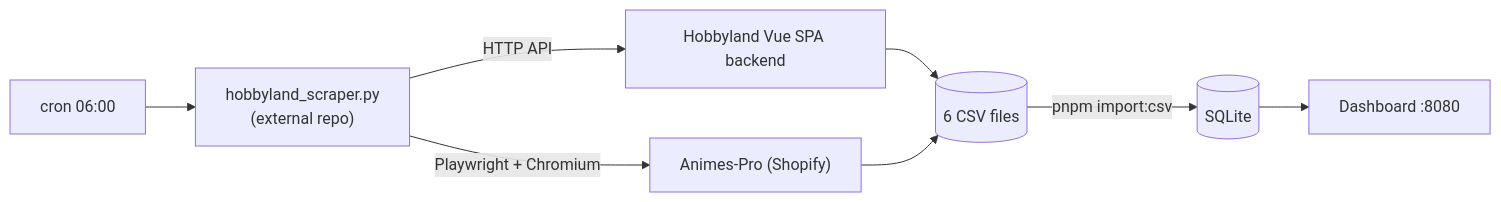
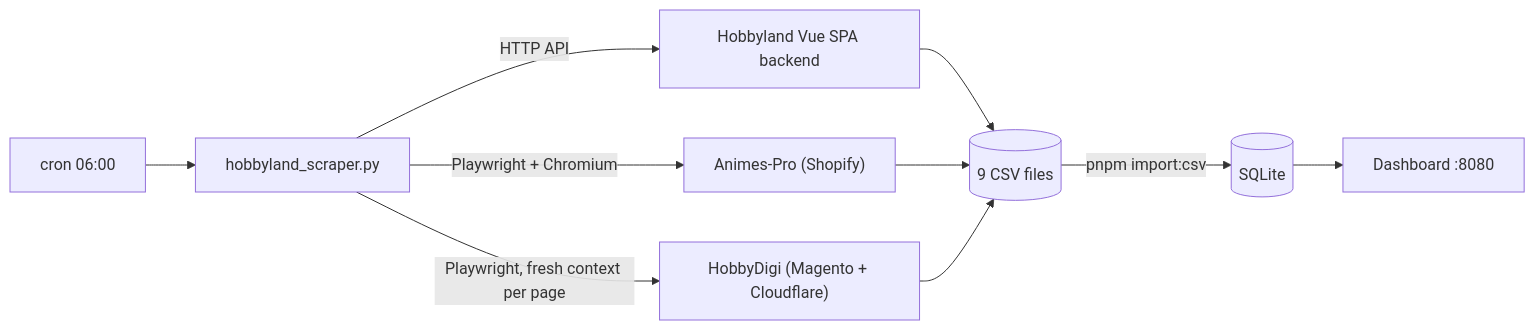
Before and after one commit to jakwong1981/hobbyland: the third of 3 diagrams in README.md, drawn with Mermaid. The commit also changed other lines of this file and 13 other files, not shown here.

````diff
--- a/README.md
+++ b/README.md
@@ -283,10 +307,12 @@
 ```mermaid
 flowchart LR
-    CRON["cron 06:00"] --> SC["hobbyland_scraper.py<br/>(external repo)"]
+    CRON["cron 06:00"] --> SC["hobbyland_scraper.py"]
     SC -->|"HTTP API"| HL["Hobbyland Vue SPA backend"]
     SC -->|"Playwright + Chromium"| AP["Animes-Pro (Shopify)"]
-    HL --> CSV[("6 CSV files")]
+    SC -->|"Playwright, fresh context per page"| HD["HobbyDigi (Magento + Cloudflare)"]
+    HL --> CSV[("9 CSV files")]
     AP --> CSV
+    HD --> CSV
     CSV -->|"pnpm import:csv"| DB[("SQLite")]
     DB --> UI["Dashboard :8080"]
 ```
````
